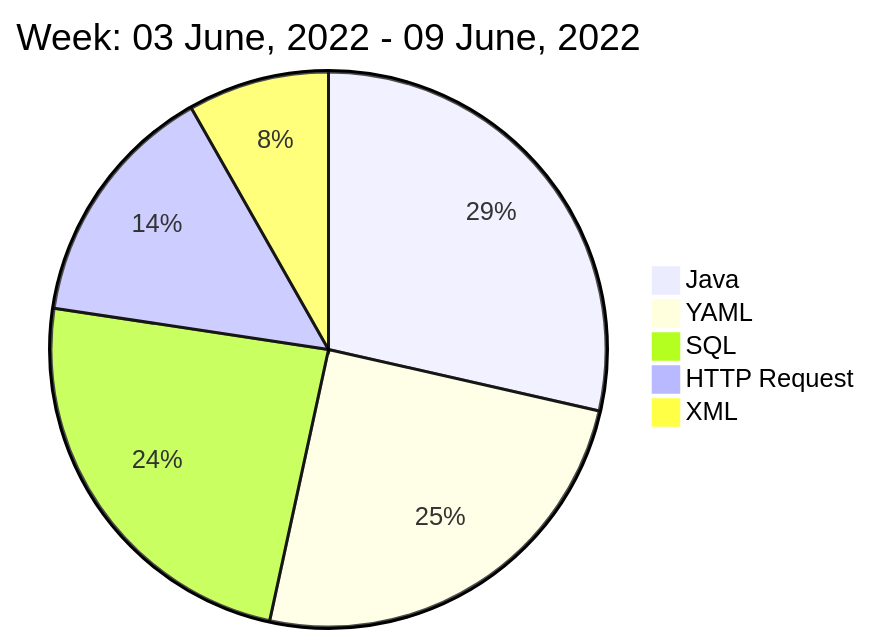
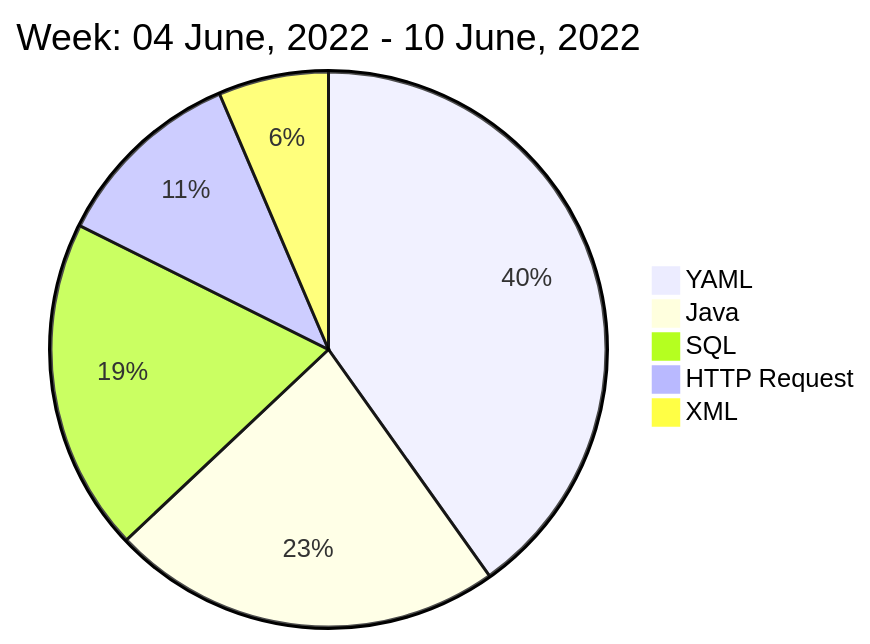
The diagram in README.md (liubin95/liubin95), drawn with Mermaid before and after one commit.

Commit message:
Updated the Graph with new Metrics

````diff
--- a/README.md
+++ b/README.md
@@ -40,9 +40,9 @@
 ```mermaid
  pie
-title Week: 03 June, 2022 - 09 June, 2022
- "Java" : 4.62
- "YAML" : 4.02
- "SQL" : 3.88
+title Week: 04 June, 2022 - 10 June, 2022
+ "YAML" : 8.33
+ "Java" : 4.73
+ "SQL" : 4.02
  "HTTP Request" : 2.33
  "XML" : 1.33
 ```
````
